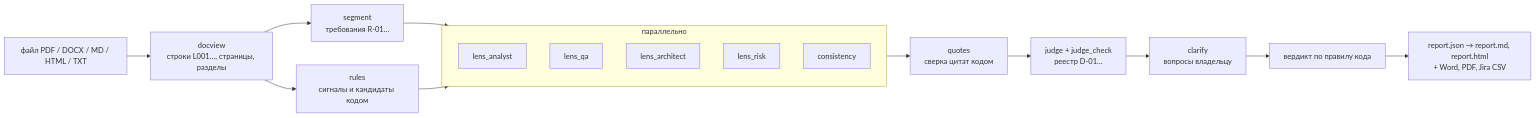
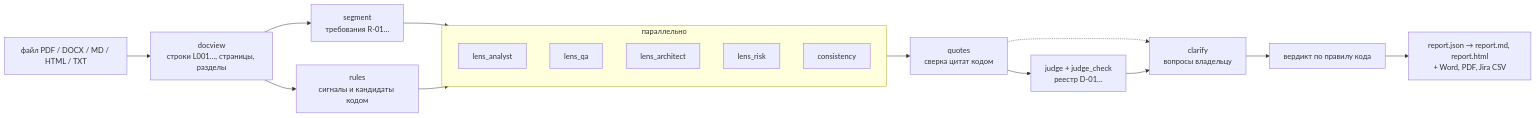
Before and after one commit to diiaanns07-droid/winnersOFbankCCbyMNU: the diagram in docs/ARCHITECTURE.md, drawn with Mermaid. The commit also changed other lines of this file, not shown here.

First line of the commit message:
v2 №14: ARCHITECTURE — ранние вопросы параллельно с судьёй, --fast-start

````diff
--- a/docs/ARCHITECTURE.md
+++ b/docs/ARCHITECTURE.md
@@ -28,20 +28,21 @@
 ```mermaid
 flowchart LR
     F[файл PDF / DOCX / MD / HTML / TXT] --> V[docview<br/>строки L001…, страницы, разделы]
     V --> R[rules<br/>сигналы и кандидаты кодом]
     V --> S[segment<br/>требования R-01…]
     S --> P
     R --> P
     subgraph P [параллельно]
         A[lens_analyst]
         Q[lens_qa]
         X[lens_architect]
         K[lens_risk]
         C[consistency]
     end
     P --> QV[quotes<br/>сверка цитат кодом]
     QV --> J[judge + judge_check<br/>реестр D-01…]
-    J --> CL[clarify<br/>вопросы владельцу]
+    QV -.-> CL[clarify<br/>вопросы владельцу]
+    J --> CL
     CL --> VR[вердикт по правилу кода]
     VR --> O[report.json → report.md, report.html<br/>+ Word, PDF, Jira CSV]
 ```
````
